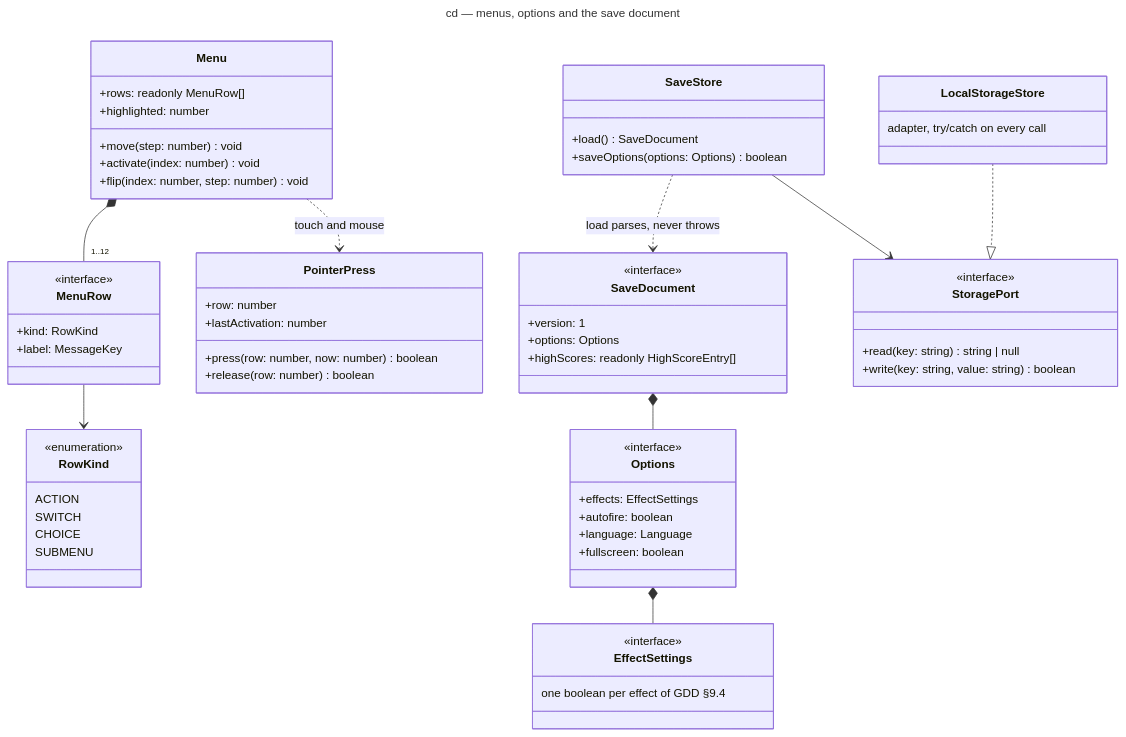
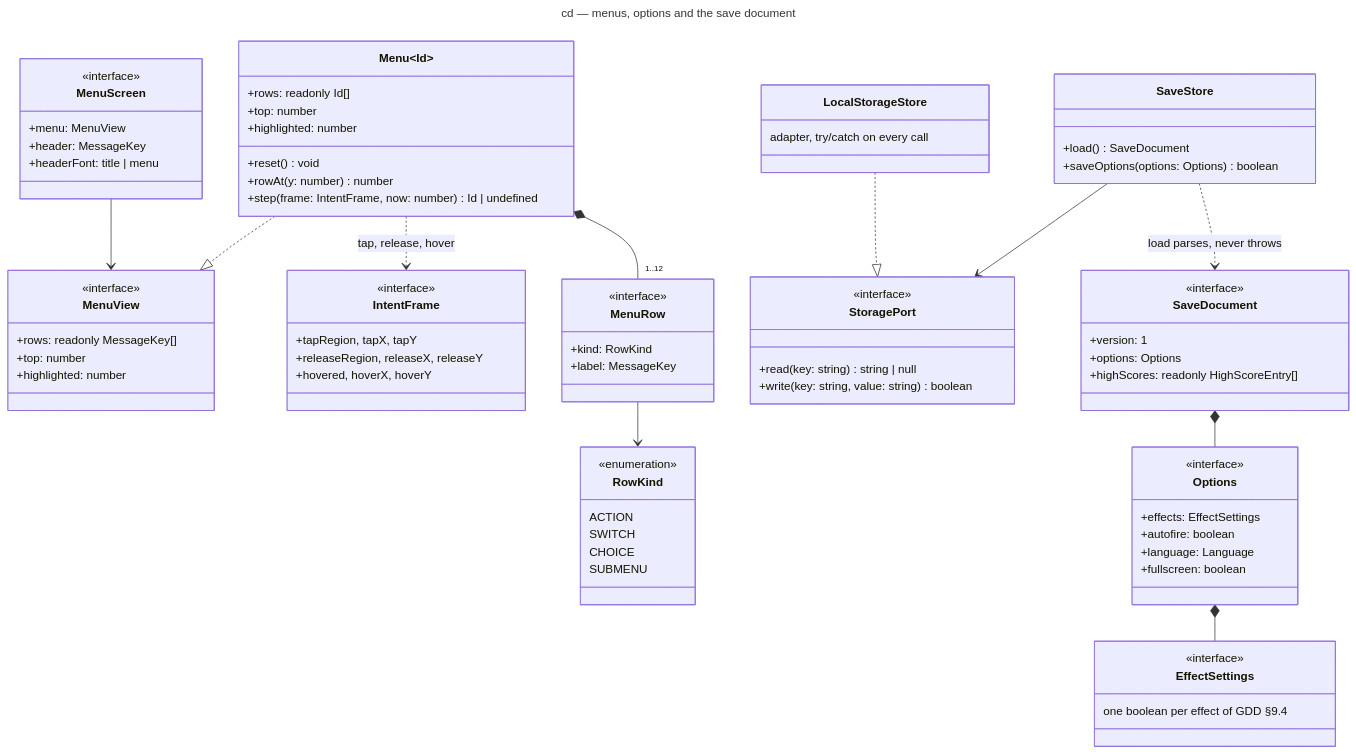
Before and after one commit to benoit-bremaud/retro-shmup: the diagram in docs/architecture/diagrams/meta/04-class-menus.md, drawn with Mermaid. The commit also changed other lines of this file and 29 other files, not shown here.

```diff
--- a/docs/architecture/diagrams/meta/04-class-menus.md
+++ b/docs/architecture/diagrams/meta/04-class-menus.md
@@ -21,12 +21,31 @@
 title: cd — menus, options and the save document
 ---
 classDiagram
-  class Menu {
-    +rows: readonly MenuRow[]
+  class Menu~Id~ {
+    +rows: readonly Id[]
+    +top: number
     +highlighted: number
-    +move(step: number) void
-    +activate(index: number) void
-    +flip(index: number, step: number) void
+    +reset() void
+    +rowAt(y: number) number
+    +step(frame: IntentFrame, now: number) Id | undefined
+  }
+  class MenuView {
+    <<interface>>
+    +rows: readonly MessageKey[]
+    +top: number
+    +highlighted: number
+  }
+  class MenuScreen {
+    <<interface>>
+    +menu: MenuView
+    +header: MessageKey
+    +headerFont: title | menu
+  }
+  class IntentFrame {
+    <<interface>>
+    +tapRegion, tapX, tapY
+    +releaseRegion, releaseX, releaseY
+    +hovered, hoverX, hoverY
   }
   class MenuRow {
     <<interface>>
@@ -39,12 +58,6 @@
     SWITCH
     CHOICE
     SUBMENU
-  }
-  class PointerPress {
-    +row: number
-    +lastActivation: number
-    +press(row: number, now: number) boolean
-    +release(row: number) boolean
   }
   class Options {
     <<interface>>
@@ -78,7 +91,9 @@
 
   Menu *-- "1..12" MenuRow
   MenuRow --> RowKind
-  Menu ..> PointerPress : touch and mouse
+  Menu ..> IntentFrame : tap, release, hover
+  Menu ..|> MenuView
+  MenuScreen --> MenuView
   Options *-- EffectSettings
   SaveDocument *-- Options
   SaveStore ..> SaveDocument : load parses, never throws
```
